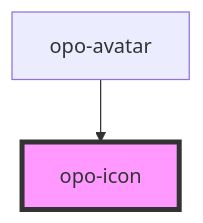
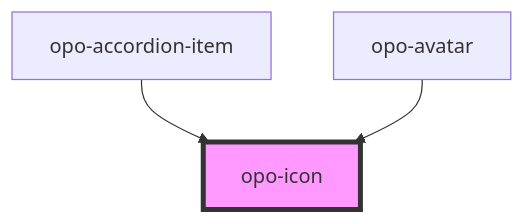
Before and after one commit to agdwm/opo-design-system: the diagram in src/components/opo-icon/readme.md, drawn with Mermaid. The commit also changed other lines of this file, not shown here.

Commit message:
📚 docs(opo-icon): generated stencil doc update automatically

````diff
--- a/src/components/opo-icon/readme.md
+++ b/src/components/opo-icon/readme.md
@@ -33,5 +34,6 @@
 ```mermaid
 graph TD;
+  opo-accordion-item --> opo-icon
   opo-avatar --> opo-icon
   style opo-icon fill:#f9f,stroke:#333,stroke-width:4px
 ```
````
